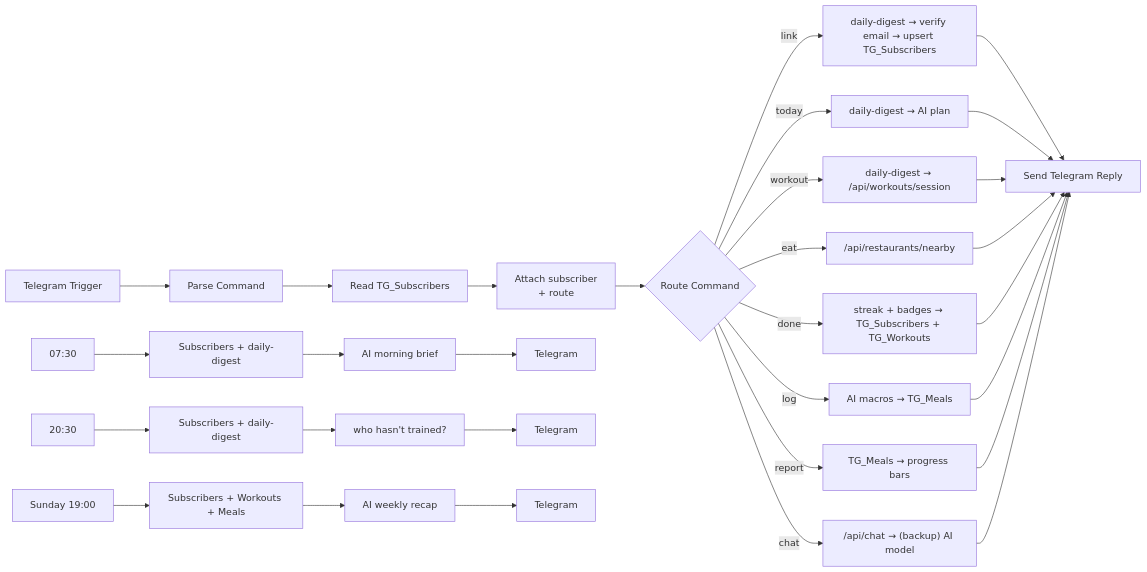
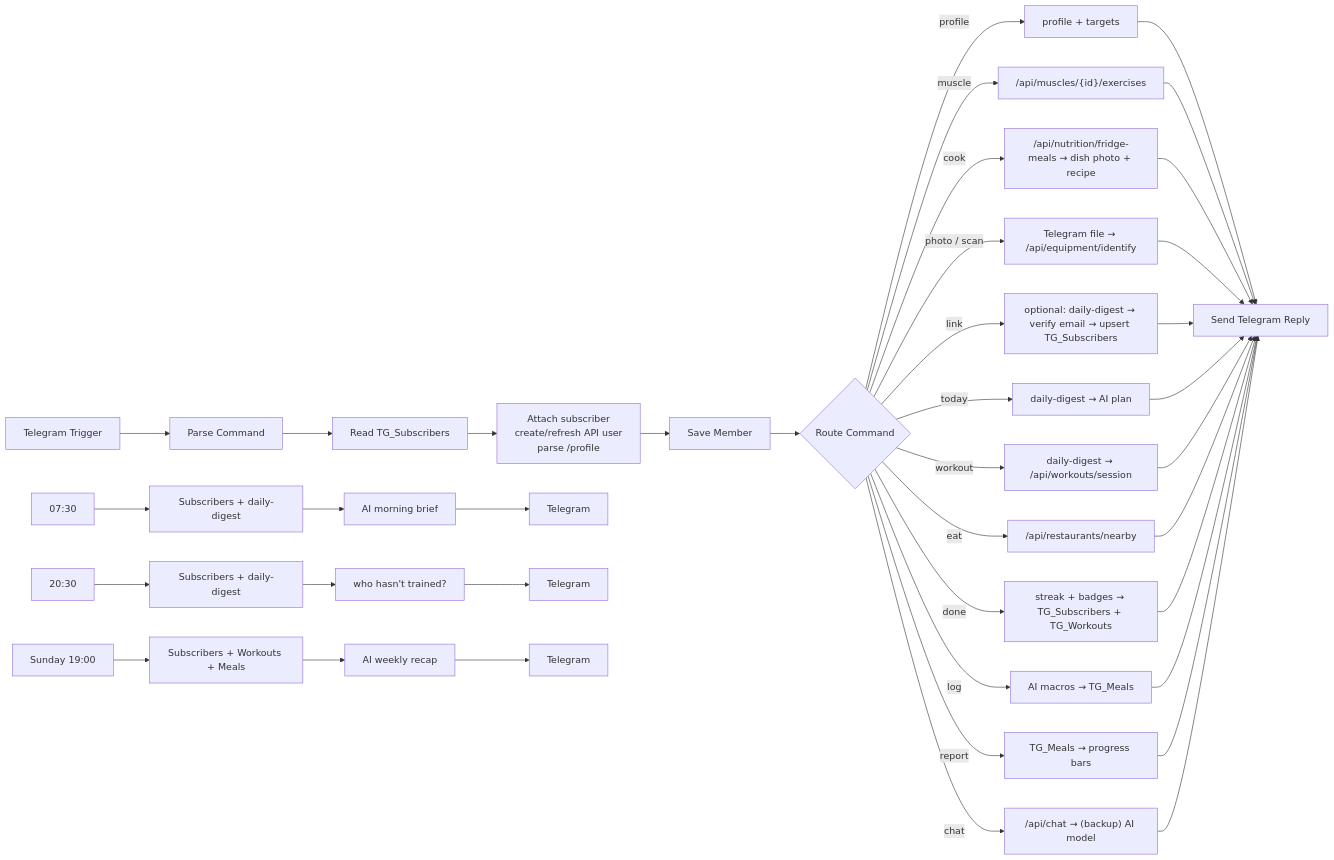
The diagram in automation/TELEGRAM_COACH.md (axhraf40/GymBuddyAI), drawn with Mermaid before and after one commit. The commit also changed other lines of this file and 2 other files, not shown here.

Commit message:
Telegram coach: open to everyone, /profile in the bot, website features (muscle, cook + dish image, photo and barcode scan)

````diff
--- a/automation/TELEGRAM_COACH.md
+++ b/automation/TELEGRAM_COACH.md
@@ -41,17 +47,21 @@
 ```mermaid
 flowchart LR
-  TG["Telegram Trigger"] --> P["Parse Command"] --> RS["Read TG_Subscribers"] --> A["Attach subscriber<br/>+ route"] --> SW{"Route Command"}
-  SW -- link --> L["daily-digest → verify email → upsert TG_Subscribers"]
+  TG["Telegram Trigger"] --> P["Parse Command"] --> RS["Read TG_Subscribers"] --> A["Attach subscriber<br/>create/refresh API user<br/>parse /profile"] --> SM["Save Member"] --> SW{"Route Command"}
+  SW -- profile --> PR["profile + targets"]
+  SW -- muscle --> MU["/api/muscles/{id}/exercises"]
+  SW -- cook --> CK["/api/nutrition/fridge-meals → dish photo + recipe"]
+  SW -- photo / scan --> PH["Telegram file → /api/equipment/identify"]
+  SW -- link --> L["optional: daily-digest → verify email → upsert TG_Subscribers"]
   SW -- today --> T["daily-digest → AI plan"]
   SW -- workout --> W["daily-digest → /api/workouts/session"]
   SW -- eat --> E["/api/restaurants/nearby"]
   SW -- done --> D["streak + badges → TG_Subscribers + TG_Workouts"]
   SW -- log --> M["AI macros → TG_Meals"]
   SW -- report --> R["TG_Meals → progress bars"]
   SW -- chat --> C["/api/chat → (backup) AI model"]
-  L & T & W & E & D & M & R & C --> OUT["Send Telegram Reply"]
+  PR & MU & CK & PH & L & T & W & E & D & M & R & C --> OUT["Send Telegram Reply"]
 
   S1["07:30"] --> J1["Subscribers + daily-digest"] --> AI1["AI morning brief"] --> O1["Telegram"]
   S2["20:30"] --> J2["Subscribers + daily-digest"] --> N2["who hasn't trained?"] --> O2["Telegram"]
   S3["Sunday 19:00"] --> J3["Subscribers + Workouts + Meals"] --> AI3["AI weekly recap"] --> O3["Telegram"]
 ```
````
